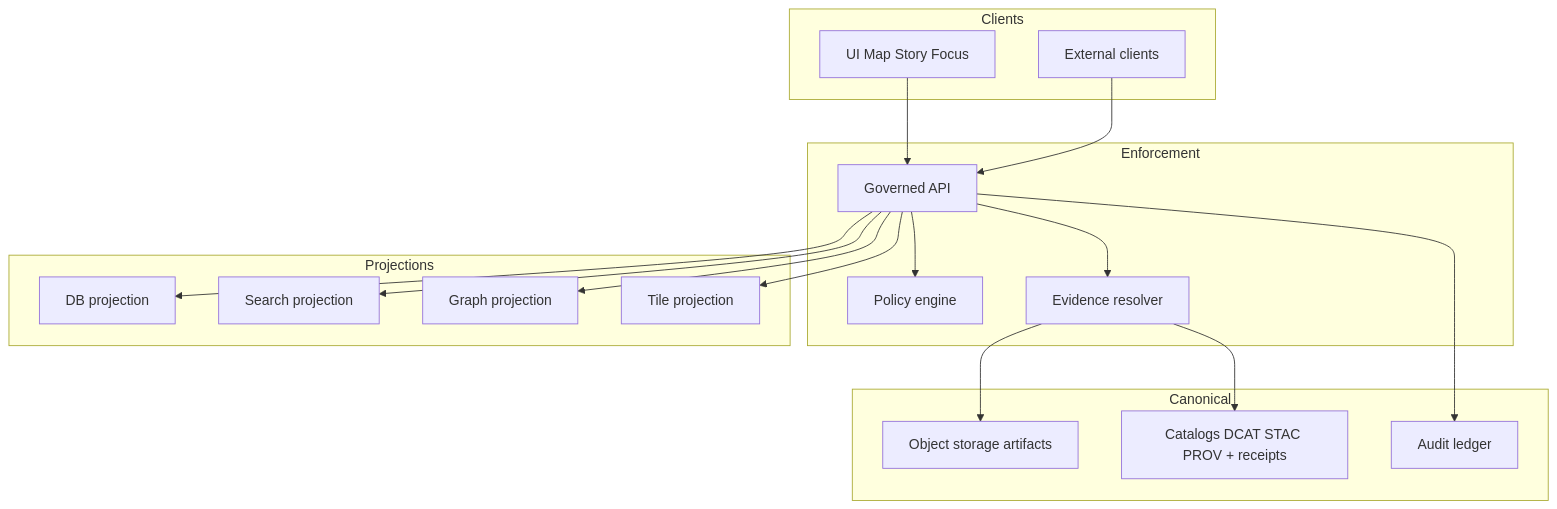
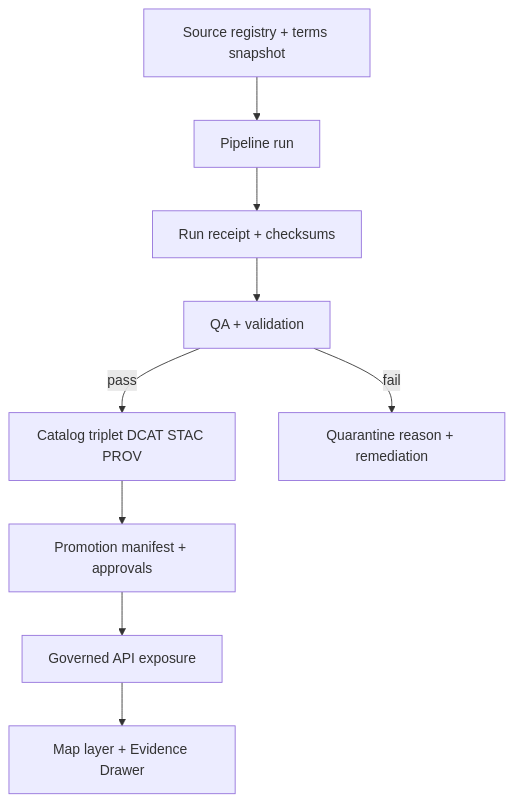
Before and after one commit to bartytime4life/Kansas-Frontier-Matrix: the second of 4 diagrams in README.md, drawn with Mermaid. The commit also changed other lines of this file, not shown here.

````diff
--- a/README.md
+++ b/README.md
@@ -429,38 +297,11 @@
 ```mermaid
 flowchart TB
-  subgraph Clients
-    UI[UI Map Story Focus]
-    EXT[External clients]
-  end
-
-  subgraph Enforcement
-    API[Governed API]
-    POL[Policy engine]
-    EV[Evidence resolver]
-  end
-
-  subgraph Canonical
-    OBJ[Object storage artifacts]
-    CAT[Catalogs DCAT STAC PROV + receipts]
-    AUD[Audit ledger]
-  end
-
-  subgraph Projections
-    DB[DB projection]
-    SRCH[Search projection]
-    GR[Graph projection]
-    TL[Tile projection]
-  end
-
-  UI --> API
-  EXT --> API
-  API --> POL
-  API --> EV
-  EV --> CAT
-  EV --> OBJ
-  API --> DB
-  API --> SRCH
-  API --> GR
-  API --> TL
-  API --> AUD
+  S[Source registry + terms snapshot] --> P[Pipeline run]
+  P --> R[Run receipt + checksums]
+  R --> Q[QA + validation]
+  Q -->|pass| C[Catalog triplet DCAT STAC PROV]
+  Q -->|fail| X[Quarantine reason + remediation]
+  C --> G[Promotion manifest + approvals]
+  G --> U[Governed API exposure]
+  U --> M[Map layer + Evidence Drawer]
 ```
````
